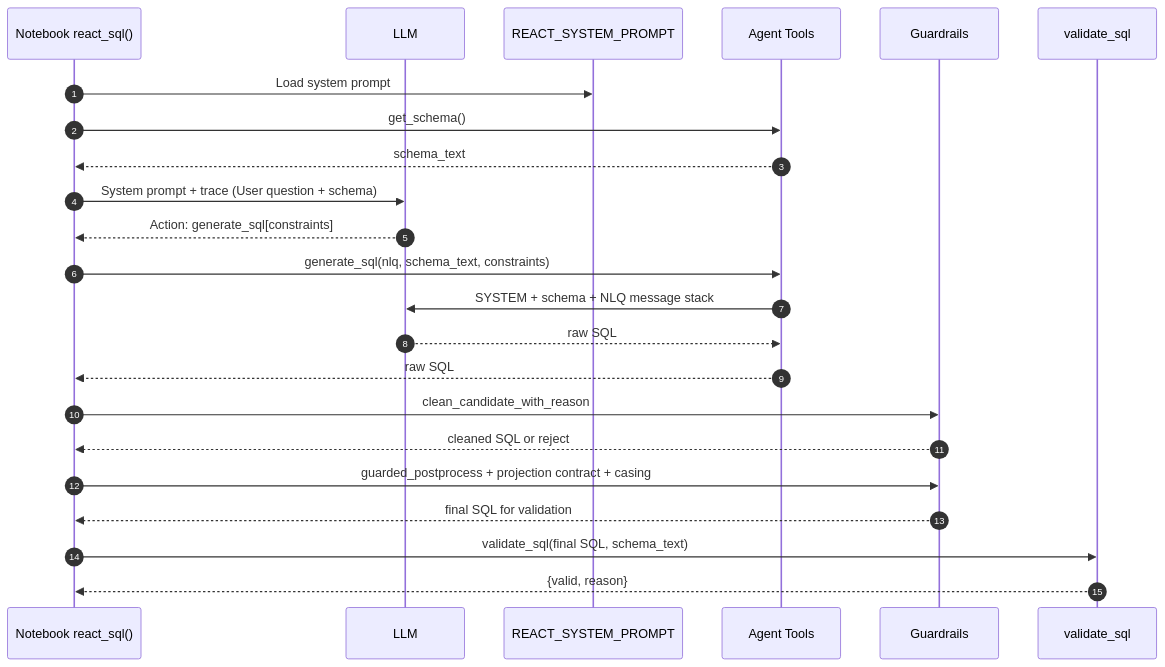
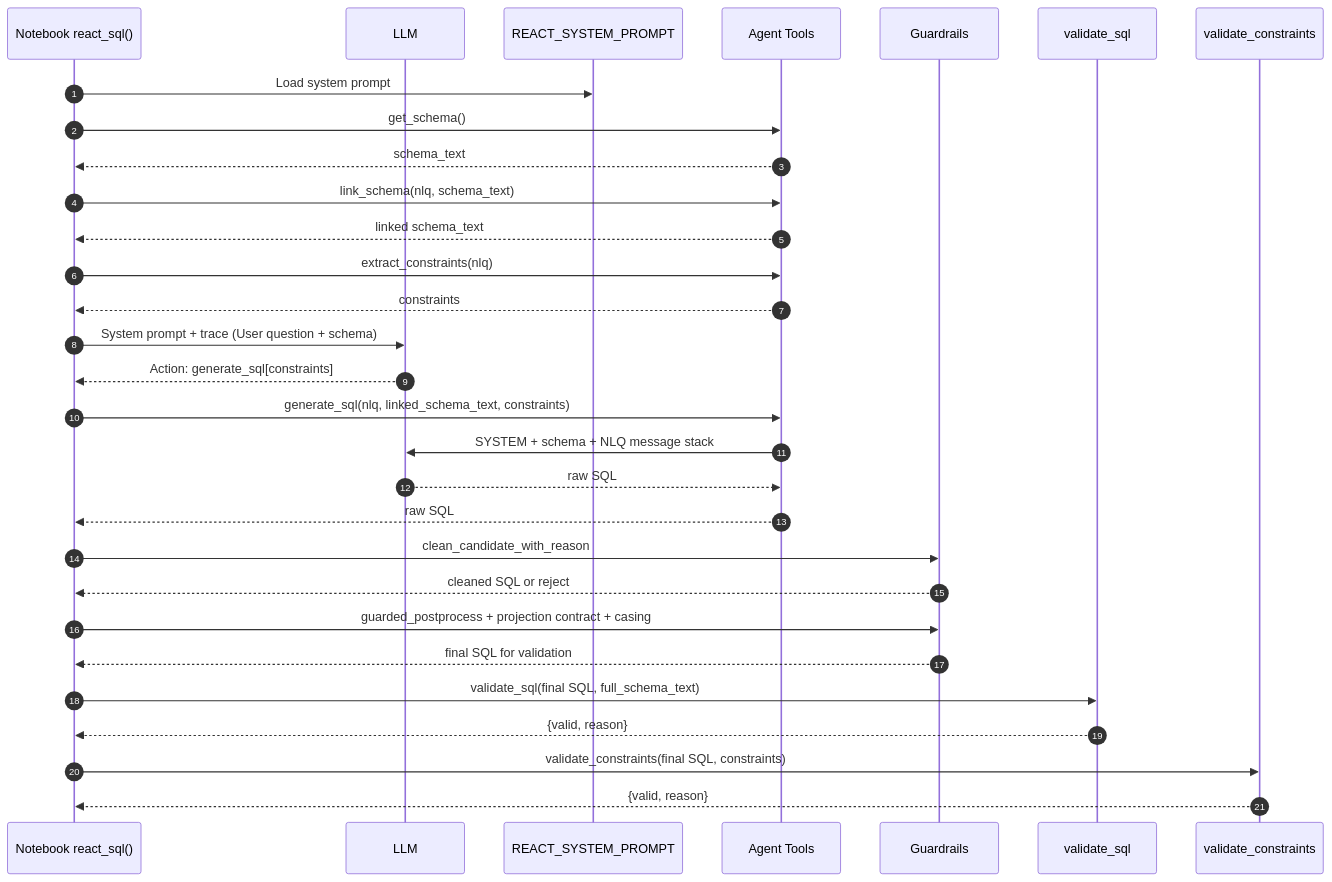
Before and after one commit to MacKenzieOBrian/NLtoSQL: the sixth of 6 diagrams in 7_REACT_DIAGRAMS.md, drawn with Mermaid. The commit also changed other lines of this file and 6 other files, not shown here.

Commit message:
Phase 7: document the tool-driven milestone with diagrams and viva notes

````diff
--- a/7_REACT_DIAGRAMS.md
+++ b/7_REACT_DIAGRAMS.md
@@ -265,26 +292,33 @@
 ```mermaid
 sequenceDiagram
   autonumber
   participant NB as Notebook react_sql()
   participant LLM as LLM
   participant PR as REACT_SYSTEM_PROMPT
   participant AT as Agent Tools
   participant PP as Guardrails
   participant VS as validate_sql
+  participant VC as validate_constraints
 
   NB->>PR: Load system prompt
   NB->>AT: get_schema()
   AT-->>NB: schema_text
+  NB->>AT: link_schema(nlq, schema_text)
+  AT-->>NB: linked schema_text
+  NB->>AT: extract_constraints(nlq)
+  AT-->>NB: constraints
   NB->>LLM: System prompt + trace (User question + schema)
   LLM-->>NB: Action: generate_sql[constraints]
-  NB->>AT: generate_sql(nlq, schema_text, constraints)
+  NB->>AT: generate_sql(nlq, linked_schema_text, constraints)
   AT->>LLM: SYSTEM + schema + NLQ message stack
   LLM-->>AT: raw SQL
   AT-->>NB: raw SQL
   NB->>PP: clean_candidate_with_reason
   PP-->>NB: cleaned SQL or reject
   NB->>PP: guarded_postprocess + projection contract + casing
   PP-->>NB: final SQL for validation
-  NB->>VS: validate_sql(final SQL, schema_text)
+  NB->>VS: validate_sql(final SQL, full_schema_text)
   VS-->>NB: {valid, reason}
+  NB->>VC: validate_constraints(final SQL, constraints)
+  VC-->>NB: {valid, reason}
 ```
````
